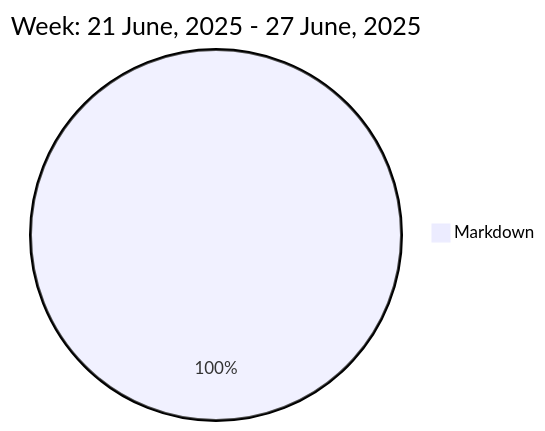
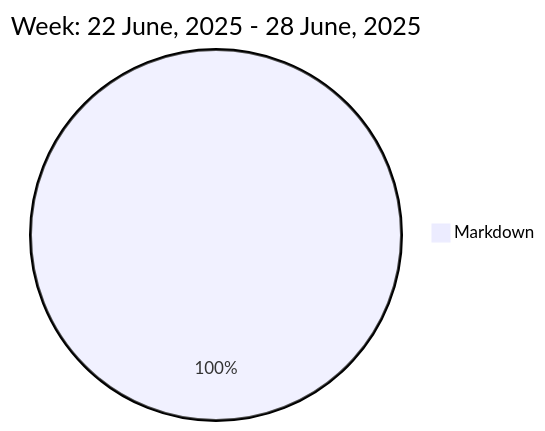
The diagram in README.md (liubin95/liubin95), drawn with Mermaid before and after one commit.

Commit message:
Updated the Graph with new Metrics

````diff
--- a/README.md
+++ b/README.md
@@ -37,5 +37,5 @@
 ```mermaid
  pie
-title Week: 21 June, 2025 - 27 June, 2025
- "Markdown" : 2.95
+title Week: 22 June, 2025 - 28 June, 2025
+ "Markdown" : 2.5
 ```
````
